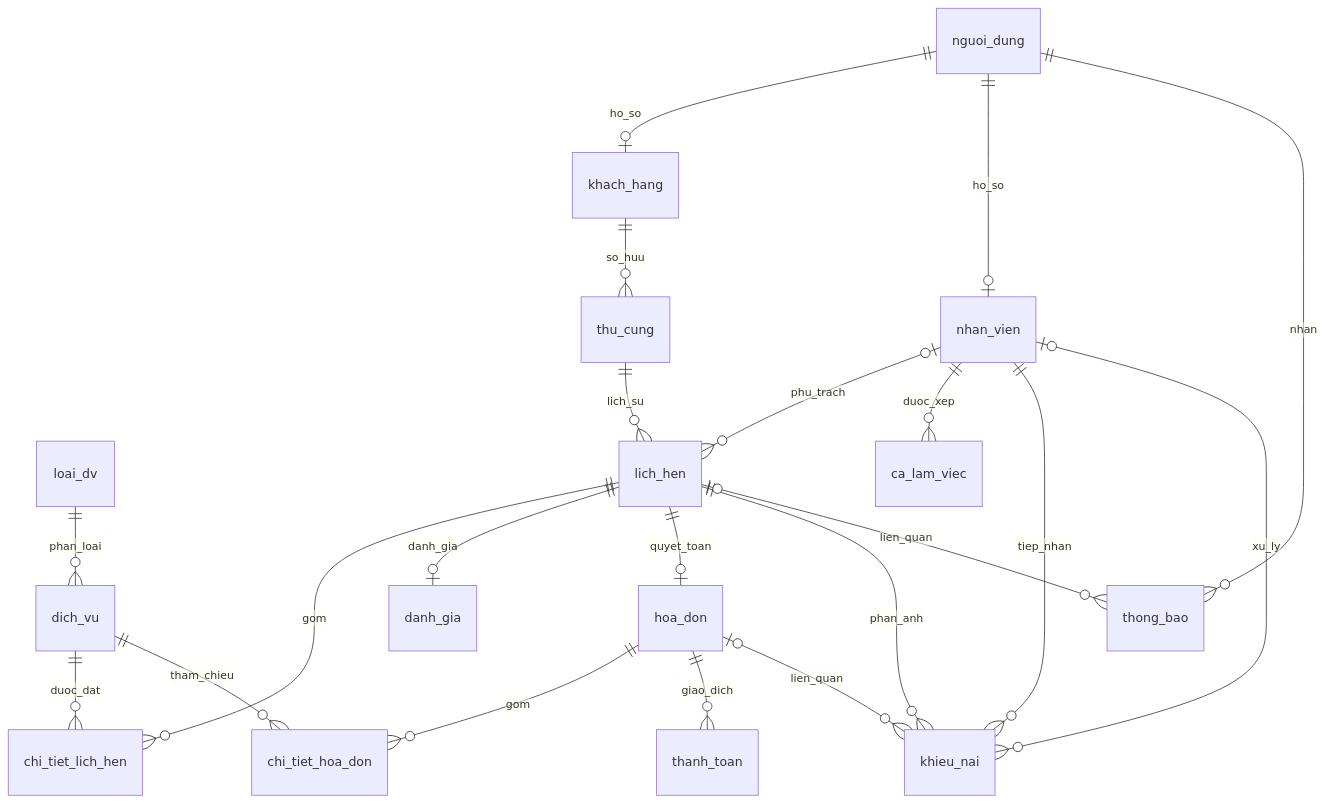
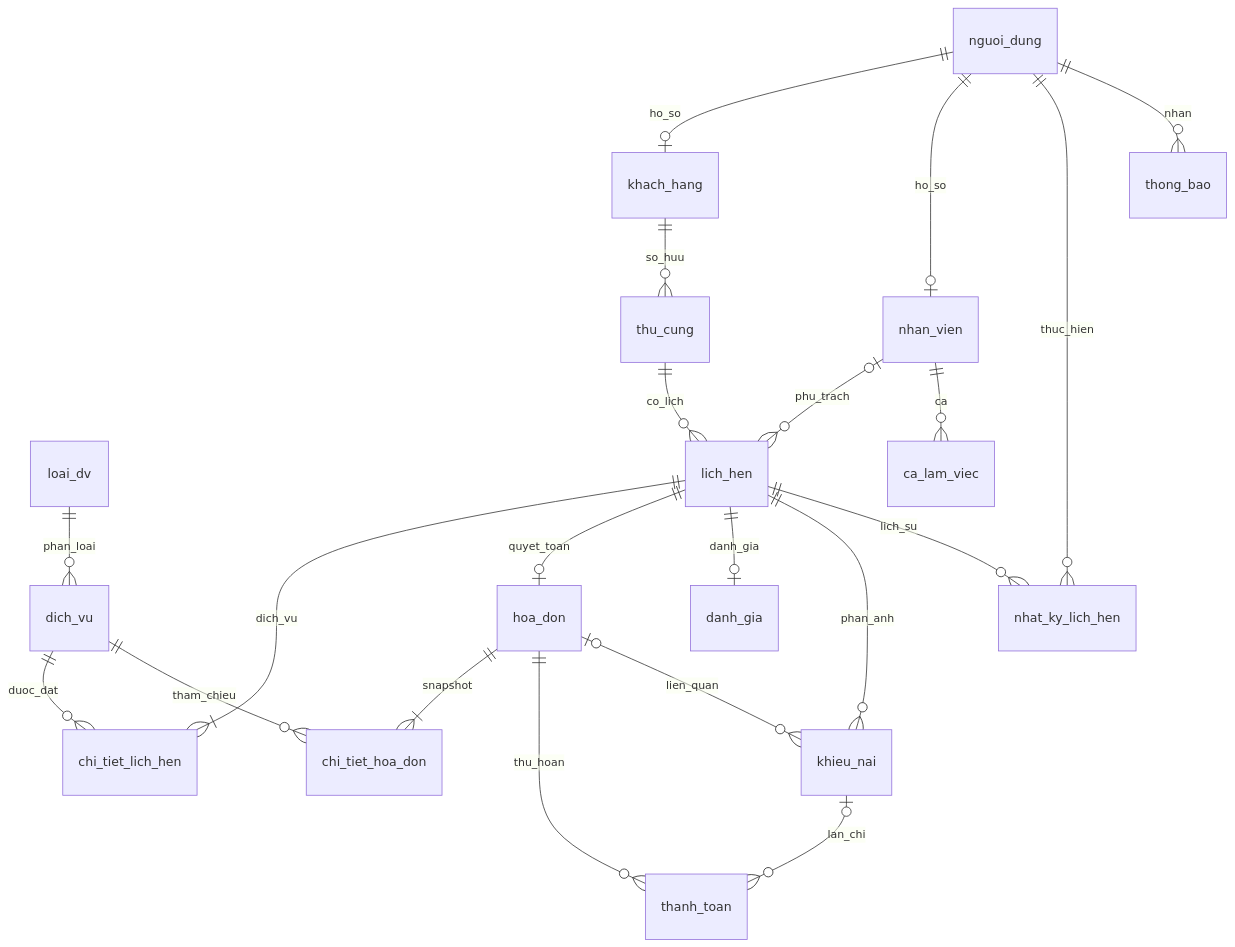
One commit to Nghiatrantrong23/thu_cung changed the diagram in plans/02_THIET_KE_CO_SO_DU_LIEU.md. Above: the diagram before and after it, drawn with Mermaid. The commit also changed other lines of this file and 47 other files, not shown here.

````diff
--- a/plans/02_THIET_KE_CO_SO_DU_LIEU.md
+++ b/plans/02_THIET_KE_CO_SO_DU_LIEU.md
@@ -39,23 +36,23 @@
 ```mermaid
 erDiagram
     nguoi_dung ||--o| khach_hang : ho_so
     nguoi_dung ||--o| nhan_vien : ho_so
     khach_hang ||--o{ thu_cung : so_huu
     loai_dv ||--o{ dich_vu : phan_loai
-    thu_cung ||--o{ lich_hen : lich_su
-    nhan_vien |o--o{ lich_hen : phu_trach
-    lich_hen ||--o{ chi_tiet_lich_hen : gom
+    thu_cung ||--o{ lich_hen : co_lich
+    nhan_vien o|--o{ lich_hen : phu_trach
+    nhan_vien ||--o{ ca_lam_viec : ca
+    lich_hen ||--|{ chi_tiet_lich_hen : dich_vu
     dich_vu ||--o{ chi_tiet_lich_hen : duoc_dat
+    lich_hen ||--o| hoa_don : quyet_toan
+    hoa_don ||--|{ chi_tiet_hoa_don : snapshot
+    dich_vu ||--o{ chi_tiet_hoa_don : tham_chieu
+    hoa_don ||--o{ thanh_toan : thu_hoan
     lich_hen ||--o| danh_gia : danh_gia
-    lich_hen ||--o| hoa_don : quyet_toan
-    hoa_don ||--o{ chi_tiet_hoa_don : gom
-    dich_vu ||--o{ chi_tiet_hoa_don : tham_chieu
-    hoa_don ||--o{ thanh_toan : giao_dich
-    nhan_vien ||--o{ ca_lam_viec : duoc_xep
     lich_hen ||--o{ khieu_nai : phan_anh
-    hoa_don |o--o{ khieu_nai : lien_quan
-    nhan_vien ||--o{ khieu_nai : tiep_nhan
-    nhan_vien |o--o{ khieu_nai : xu_ly
+    hoa_don o|--o{ khieu_nai : lien_quan
+    khieu_nai o|--o{ thanh_toan : lan_chi
+    lich_hen ||--o{ nhat_ky_lich_hen : lich_su
+    nguoi_dung ||--o{ nhat_ky_lich_hen : thuc_hien
     nguoi_dung ||--o{ thong_bao : nhan
-    lich_hen |o--o{ thong_bao : lien_quan
 ```
````
